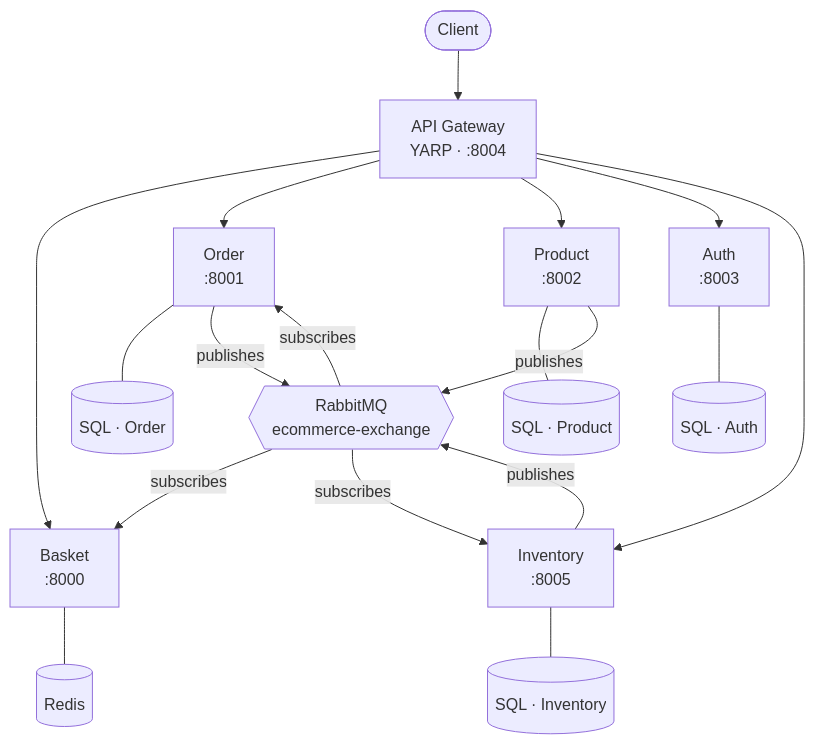
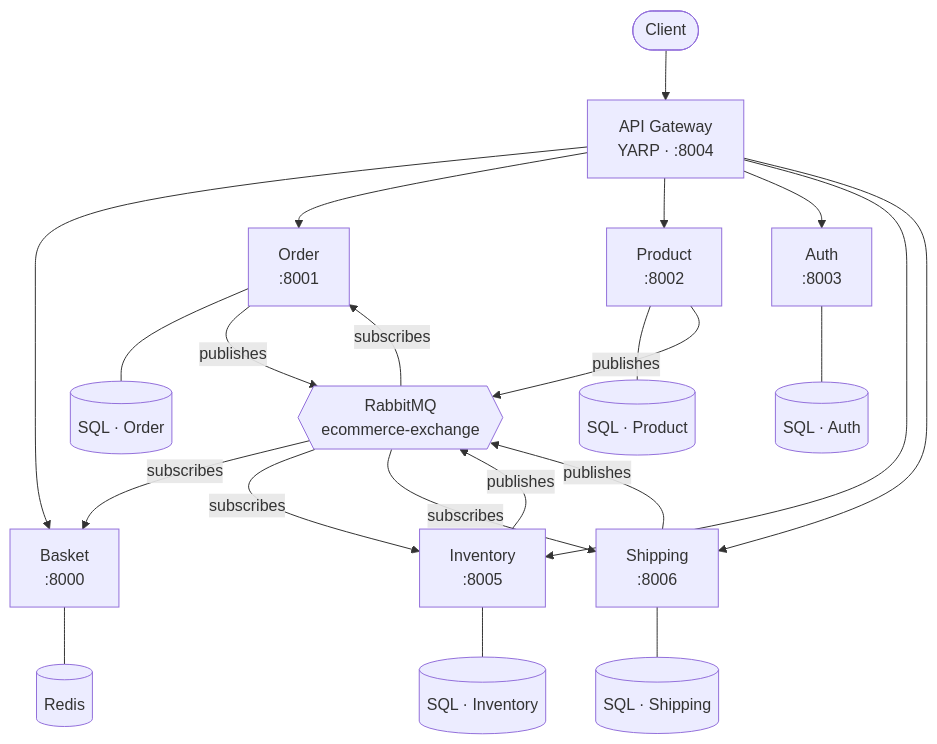
Before and after one commit to daonhan/Microservices-in-.NET: the first of 3 diagrams in docs/wiki/Architecture.md, drawn with Mermaid. The commit also changed other lines of this file and 6 other files, not shown here.

````diff
--- a/docs/wiki/Architecture.md
+++ b/docs/wiki/Architecture.md
@@ -7,22 +7,26 @@
 ```mermaid
 graph TD
     Client([Client]) --> GW["API Gateway<br/>YARP · :8004"]
     GW --> Basket["Basket<br/>:8000"]
     GW --> Order["Order<br/>:8001"]
     GW --> Product["Product<br/>:8002"]
     GW --> Auth["Auth<br/>:8003"]
     GW --> Inventory["Inventory<br/>:8005"]
+    GW --> Shipping["Shipping<br/>:8006"]
 
     Basket --- Redis[(Redis)]
     Order --- SQLOrder[(SQL · Order)]
     Product --- SQLProduct[(SQL · Product)]
     Auth --- SQLAuth[(SQL · Auth)]
     Inventory --- SQLInventory[(SQL · Inventory)]
+    Shipping --- SQLShipping[(SQL · Shipping)]
 
     Order -- publishes --> RabbitMQ{{"RabbitMQ<br/>ecommerce-exchange"}}
     Product -- publishes --> RabbitMQ
     Inventory -- publishes --> RabbitMQ
+    Shipping -- publishes --> RabbitMQ
     RabbitMQ -- subscribes --> Basket
     RabbitMQ -- subscribes --> Order
     RabbitMQ -- subscribes --> Inventory
+    RabbitMQ -- subscribes --> Shipping
 ```
````
